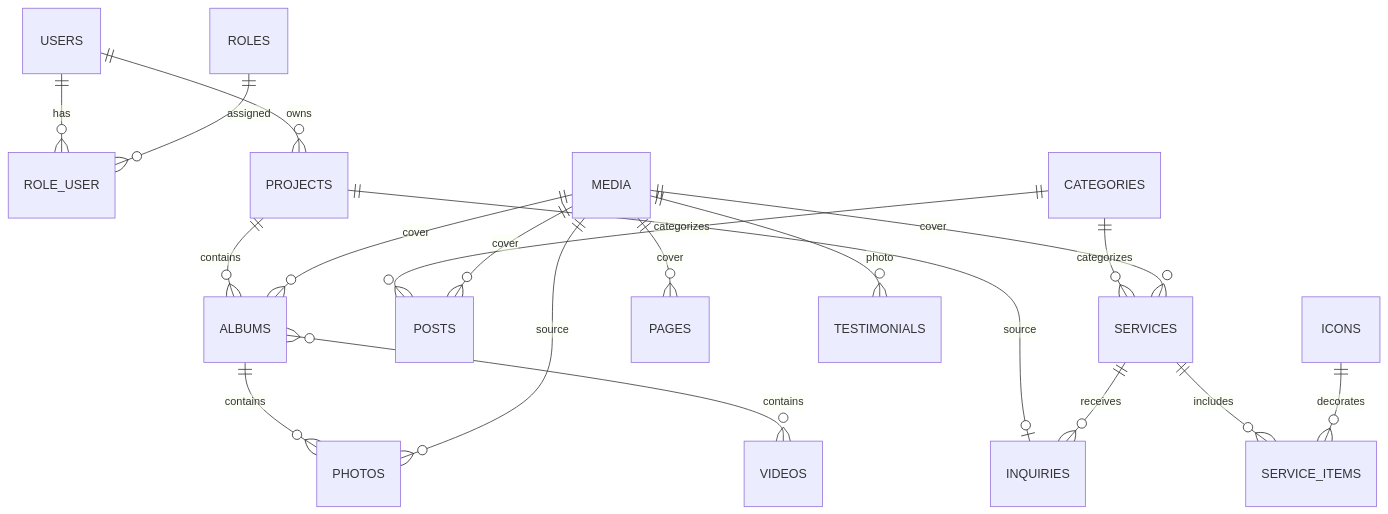
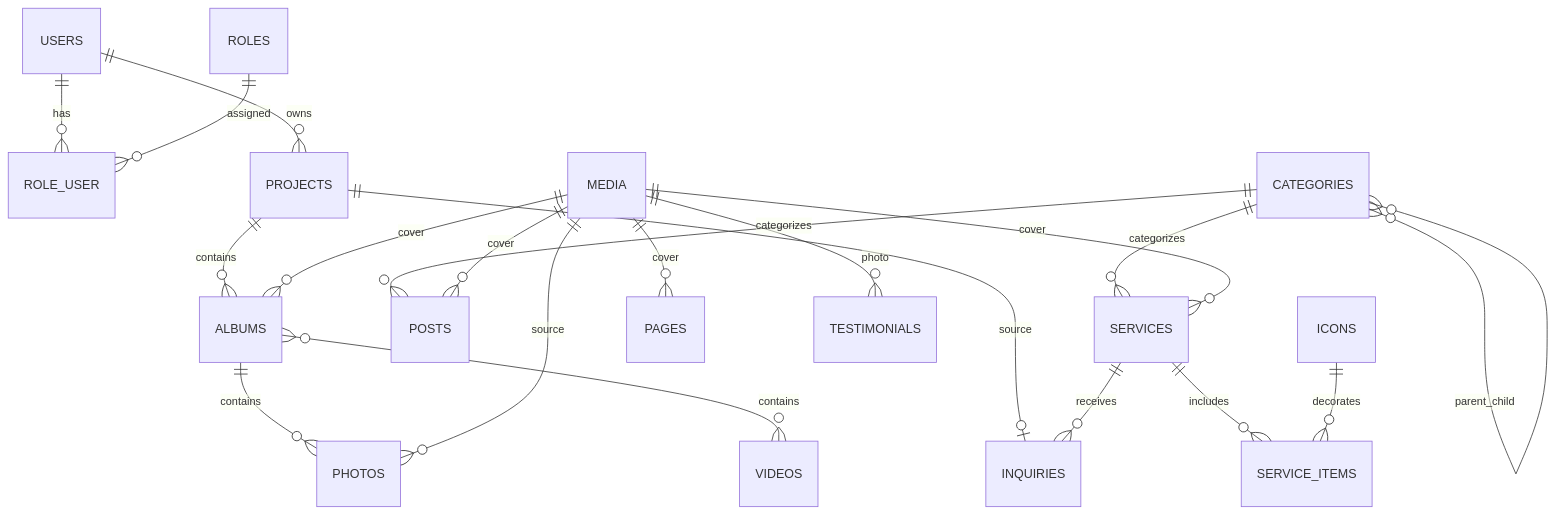
The diagram in fotoskazka/database.md (constklimenko/photostudio), drawn with Mermaid before and after one commit. The commit also changed other lines of this file and 7 other files, not shown here.

````diff
--- a/fotoskazka/database.md
+++ b/fotoskazka/database.md
@@ -47,30 +47,31 @@
 ```mermaid
 erDiagram
 
     USERS ||--o{ ROLE_USER : has
     ROLES ||--o{ ROLE_USER : assigned
 
     USERS ||--o{ PROJECTS : owns
 
     CATEGORIES ||--o{ SERVICES : categorizes
     CATEGORIES ||--o{ POSTS : categorizes
+    CATEGORIES }o--o{ CATEGORIES : parent_child
 
     PROJECTS ||--o{ ALBUMS : contains
     PROJECTS ||--o| INQUIRIES : source
     ALBUMS ||--o{ PHOTOS : contains
     ALBUMS }o--o{ VIDEOS : contains
 
     MEDIA ||--o{ PHOTOS : source
 
     MEDIA ||--o{ POSTS : cover
     MEDIA ||--o{ SERVICES : cover
     MEDIA ||--o{ ALBUMS : cover
     MEDIA ||--o{ PAGES : cover
     MEDIA ||--o{ TESTIMONIALS : photo
 
     SERVICES ||--o{ INQUIRIES : receives
     SERVICES ||--o{ SERVICE_ITEMS : includes
 
     ICONS ||--o{ SERVICE_ITEMS : decorates
 
 ```
````
